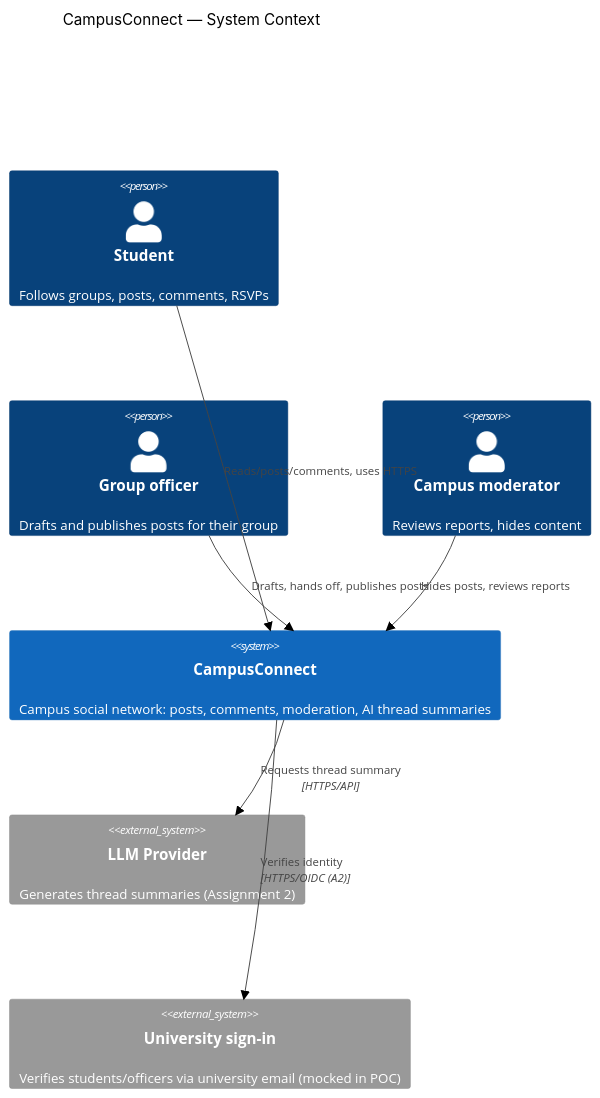
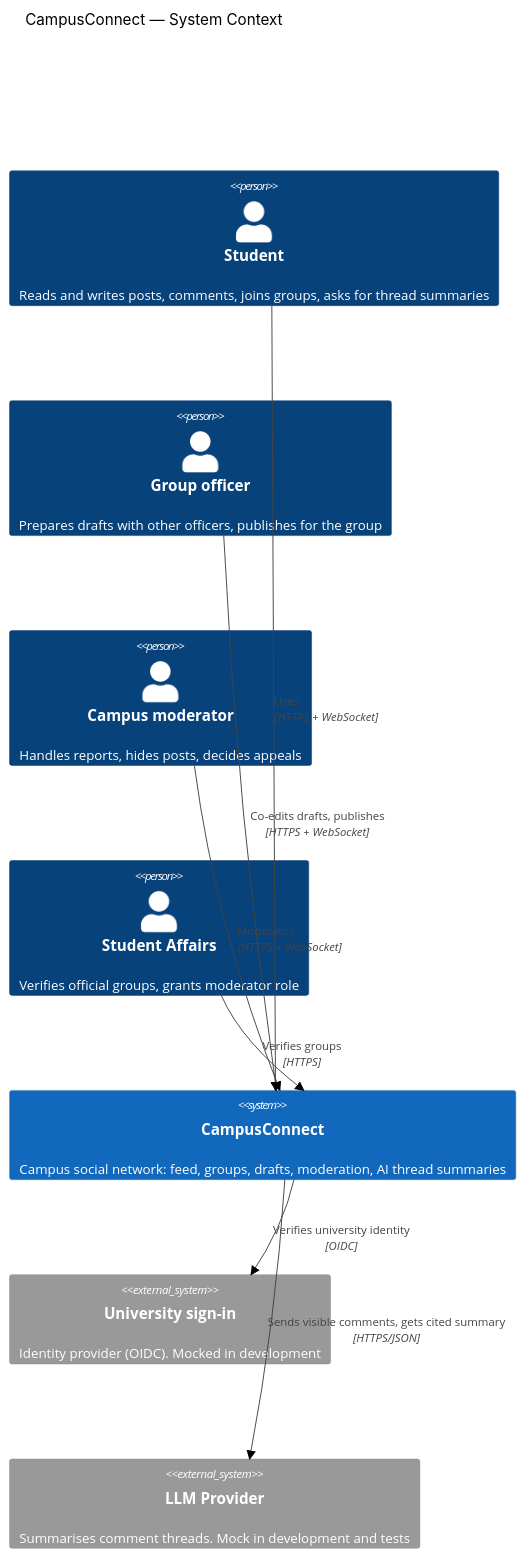
Before and after one commit to omar07ibrahim/campus-social-network: the diagram in docs/architecture/diagrams/c4-context.md, drawn with Mermaid (forest theme). The commit also changed other lines of this file and 9 other files, not shown here.

First line of the commit message:
Add 2.3 behaviour and collaborative sequence diagram, finish 2.2 and POC docs

````diff
--- a/docs/architecture/diagrams/c4-context.md
+++ b/docs/architecture/diagrams/c4-context.md
@@ -5,19 +5,21 @@
 ```mermaid
 C4Context
     title CampusConnect — System Context
 
-    Person(student, "Student", "Follows groups, posts, comments, RSVPs")
-    Person(officer, "Group officer", "Drafts and publishes posts for their group")
-    Person(moderator, "Campus moderator", "Reviews reports, hides content")
+    Person(student, "Student", "Reads and writes posts, comments, joins groups, asks for thread summaries")
+    Person(officer, "Group officer", "Prepares drafts with other officers, publishes for the group")
+    Person(moderator, "Campus moderator", "Handles reports, hides posts, decides appeals")
+    Person(affairs, "Student Affairs", "Verifies official groups, grants moderator role")
 
-    System(campusconnect, "CampusConnect", "Campus social network: posts, comments, moderation, AI thread summaries")
+    System(campusconnect, "CampusConnect", "Campus social network: feed, groups, drafts, moderation, AI thread summaries")
 
-    System_Ext(llm, "LLM Provider", "Generates thread summaries (Assignment 2)")
-    System_Ext(university_auth, "University sign-in", "Verifies students/officers via university email (mocked in POC)")
+    System_Ext(idp, "University sign-in", "Identity provider (OIDC). Mocked in development")
+    System_Ext(llm, "LLM Provider", "Summarises comment threads. Mock in development and tests")
 
-    Rel(student, campusconnect, "Reads/posts/comments, uses HTTPS")
-    Rel(officer, campusconnect, "Drafts, hands off, publishes posts")
-    Rel(moderator, campusconnect, "Hides posts, reviews reports")
-    Rel(campusconnect, llm, "Requests thread summary", "HTTPS/API")
-    Rel(campusconnect, university_auth, "Verifies identity", "HTTPS/OIDC (A2)")
+    Rel(student, campusconnect, "Uses", "HTTPS + WebSocket")
+    Rel(officer, campusconnect, "Co-edits drafts, publishes", "HTTPS + WebSocket")
+    Rel(moderator, campusconnect, "Moderates", "HTTPS + WebSocket")
+    Rel(affairs, campusconnect, "Verifies groups", "HTTPS")
+    Rel(campusconnect, idp, "Verifies university identity", "OIDC")
+    Rel(campusconnect, llm, "Sends visible comments, gets cited summary", "HTTPS/JSON")
 ```
````
